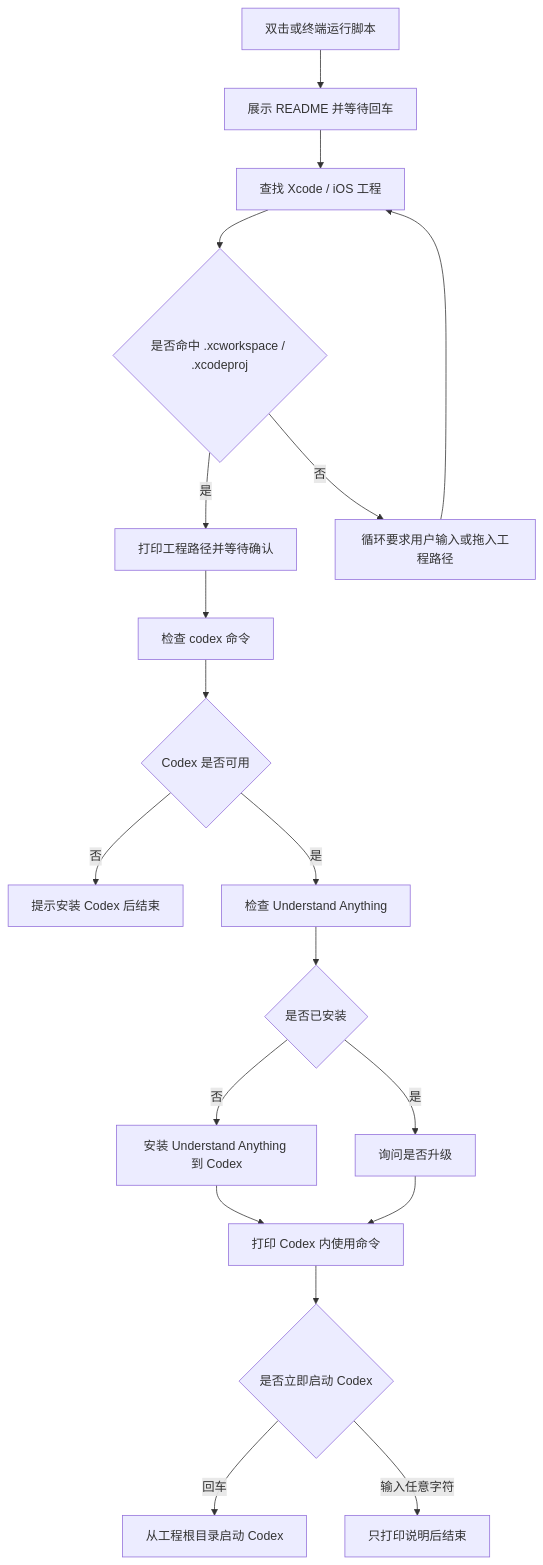
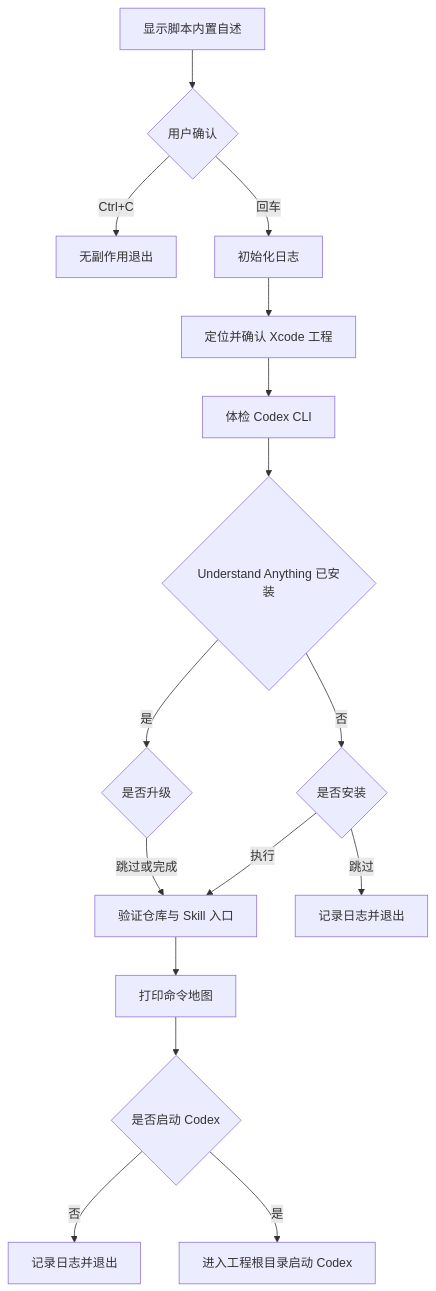
Before and after one commit to JobsKits/JobsOCBaseConfigDemo: the diagram in ScriptsByDevTools/【MacOS】🧑‍⚕️CodeX+UnderstandAnything.command/README.md, drawn with Mermaid. The commit also changed other lines of this file and 1694 other files, not shown here.

````diff
--- a/ScriptsByDevTools/【MacOS】🧑‍⚕️CodeX+UnderstandAnything.command/README.md
+++ b/ScriptsByDevTools/【MacOS】🧑‍⚕️CodeX+UnderstandAnything.command/README.md
@@ -278,21 +138,18 @@
-  ```mermaid
-  flowchart TD
-      A[双击或终端运行脚本] --> B[展示 README 并等待回车]
-      B --> C[查找 Xcode / iOS 工程]
-      C --> D{是否命中 .xcworkspace / .xcodeproj}
-      D -- 是 --> E[打印工程路径并等待确认]
-      D -- 否 --> F[循环要求用户输入或拖入工程路径]
-      F --> C
-      E --> G[检查 codex 命令]
-      G --> H{Codex 是否可用}
-      H -- 否 --> I[提示安装 Codex 后结束]
-      H -- 是 --> J[检查 Understand Anything]
-      J --> K{是否已安装}
-      K -- 否 --> L[安装 Understand Anything 到 Codex]
-      K -- 是 --> M[询问是否升级]
-      L --> N[打印 Codex 内使用命令]
-      M --> N
-      N --> O{是否立即启动 Codex}
-      O -- 回车 --> P[从工程根目录启动 Codex]
-      O -- 输入任意字符 --> Q[只打印说明后结束]
-  ```
+```mermaid
+flowchart TD
+    A[显示脚本内置自述] --> B{用户确认}
+    B -->|Ctrl+C| Z[无副作用退出]
+    B -->|回车| C[初始化日志]
+    C --> D[定位并确认 Xcode 工程]
+    D --> E[体检 Codex CLI]
+    E --> F{Understand Anything 已安装}
+    F -->|是| G{是否升级}
+    F -->|否| H{是否安装}
+    G -->|跳过或完成| I[验证仓库与 Skill 入口]
+    H -->|执行| I
+    H -->|跳过| Z2[记录日志并退出]
+    I --> J[打印命令地图]
+    J --> K{是否启动 Codex}
+    K -->|否| L[记录日志并退出]
+    K -->|是| M[进入工程根目录启动 Codex]
+```
````
